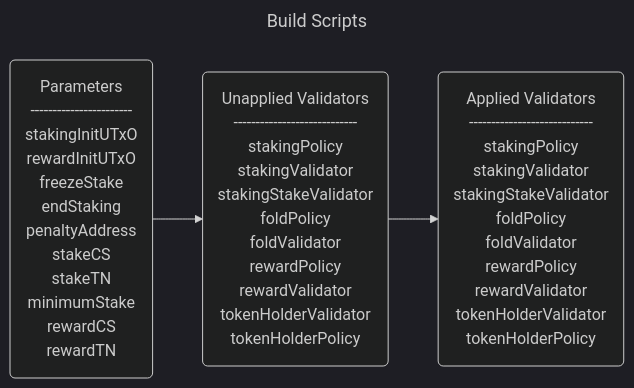
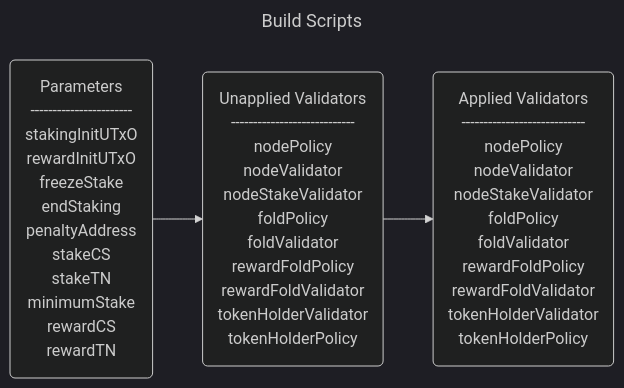
Before and after one commit to Anastasia-Labs/single-asset-staking-offchain: the second of 9 diagrams in README.md, drawn with Mermaid (dark theme). The commit also changed other lines of this file and 30 other files, not shown here.

````diff
--- a/README.md
+++ b/README.md
@@ -88,46 +88,46 @@
 ```mermaid
 ---
 title: Build Scripts
 ---
 graph LR
     P("Parameters
     -----------------------
         stakingInitUTxO
         rewardInitUTxO 
         freezeStake    
         endStaking     
         penaltyAddress 
         stakeCS        
         stakeTN
         minimumStake
         rewardCS
         rewardTN 
     ")
     UV("Unapplied Validators
     ----------------------------
-        stakingPolicy
-        stakingValidator
-        stakingStakeValidator
+        nodePolicy
+        nodeValidator
+        nodeStakeValidator
         foldPolicy
         foldValidator
-        rewardPolicy
-        rewardValidator
+        rewardFoldPolicy
+        rewardFoldValidator
         tokenHolderValidator
         tokenHolderPolicy
     ")
     AV("Applied Validators
     ----------------------------
-        stakingPolicy
-        stakingValidator
-        stakingStakeValidator
+        nodePolicy
+        nodeValidator
+        nodeStakeValidator
         foldPolicy
         foldValidator
-        rewardPolicy
-        rewardValidator
+        rewardFoldPolicy
+        rewardFoldValidator
         tokenHolderValidator
         tokenHolderPolicy
     ")
     P --> UV
     UV --> AV
 
 ```
````
